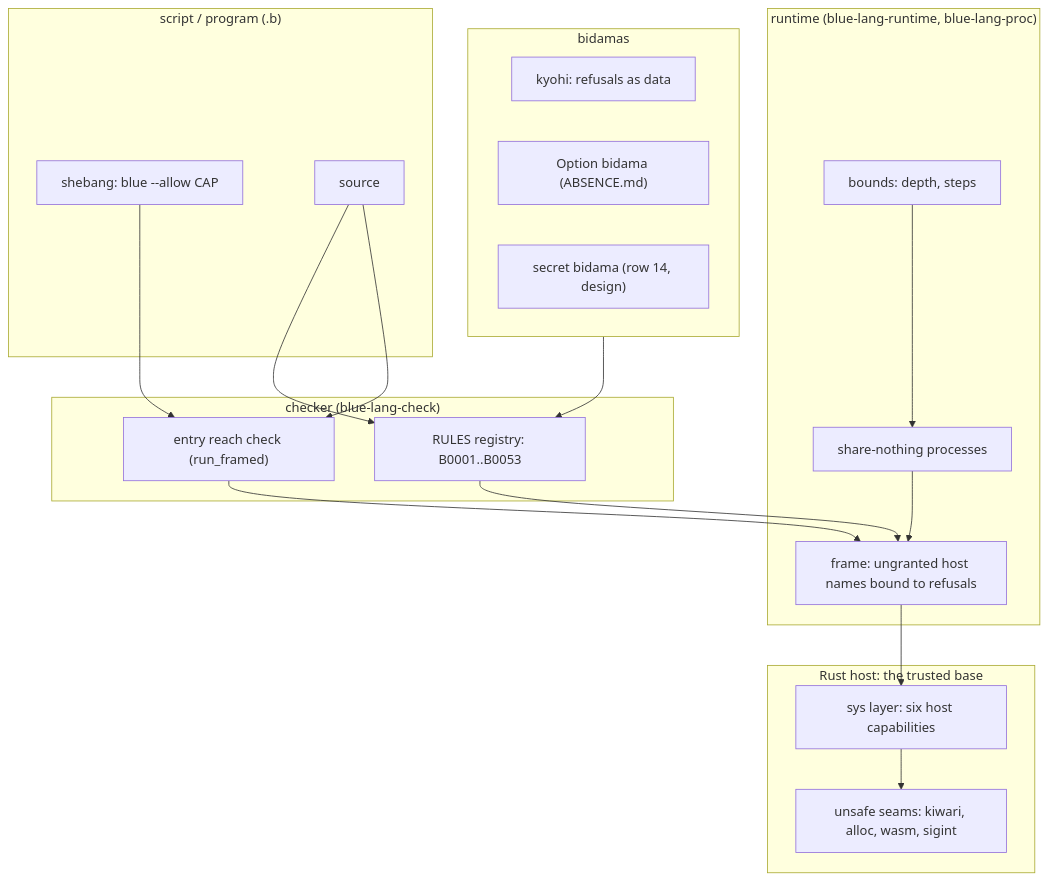
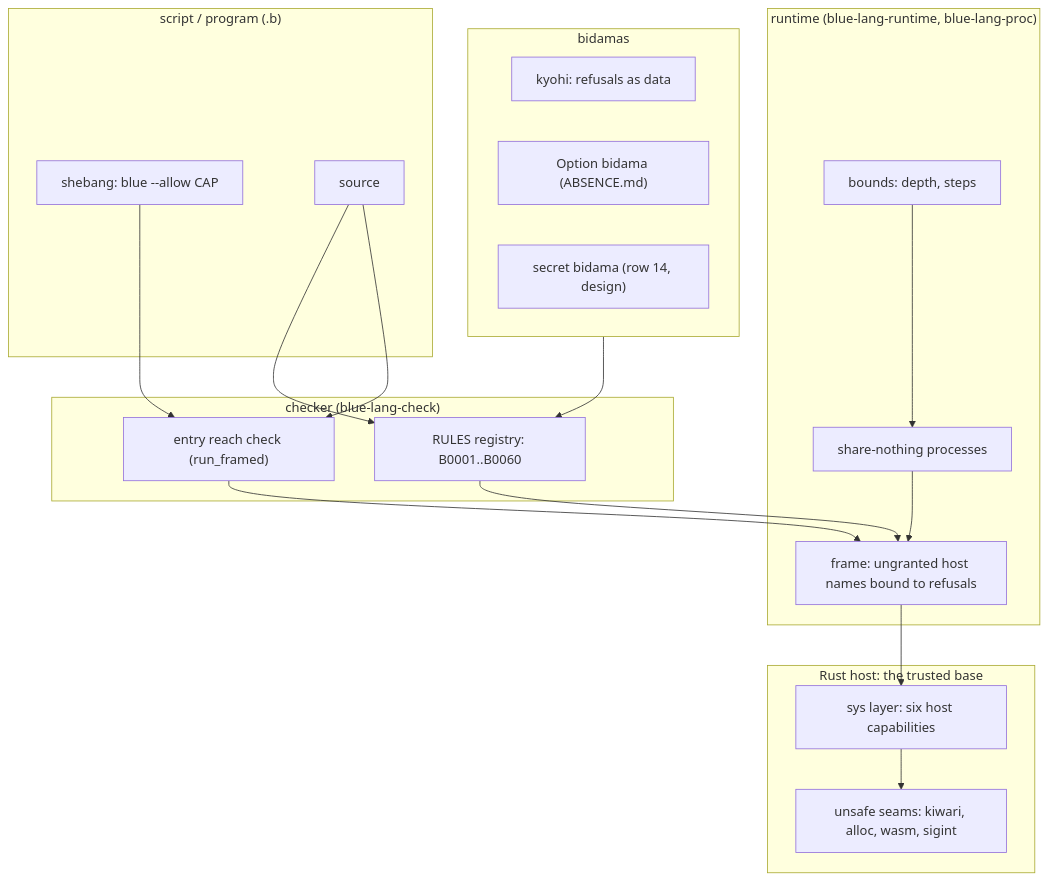
Before and after one commit to pleme-io/blue: the first of 3 diagrams in docs/SAFETY.md, drawn with Mermaid. The commit also changed 1 other file, not shown here.

Commit message:
docs: B0056-B0060 in the DIAGNOSTICS table beside B0053; the registry runs to B0060; CATALOG regenerated on main's packages

````diff
--- a/docs/SAFETY.md
+++ b/docs/SAFETY.md
@@ -273,35 +273,35 @@
 ```mermaid
 flowchart TB
   subgraph S["script / program (.b)"]
     SB["shebang: blue --allow CAP"]
     SRC["source"]
   end
   subgraph B["bidamas"]
     KY["kyohi: refusals as data"]
     OPT["Option bidama (ABSENCE.md)"]
     SEC["secret bidama (row 14, design)"]
   end
   subgraph C["checker (blue-lang-check)"]
-    RULES["RULES registry: B0001..B0053"]
+    RULES["RULES registry: B0001..B0060"]
     REACH["entry reach check (run_framed)"]
   end
   subgraph R["runtime (blue-lang-runtime, blue-lang-proc)"]
     FRAME["frame: ungranted host names bound to refusals"]
     BOUNDS["bounds: depth, steps"]
     PROC["share-nothing processes"]
   end
   subgraph H["Rust host: the trusted base"]
     SYS["sys layer: six host capabilities"]
     SEAMS["unsafe seams: kiwari, alloc, wasm, sigint"]
   end
   SB --> REACH
   SRC --> RULES
   SRC --> REACH
   B --> RULES
   RULES --> FRAME
   REACH --> FRAME
   FRAME --> SYS
   PROC --> FRAME
   BOUNDS --> PROC
   SYS --> SEAMS
 ```
````
